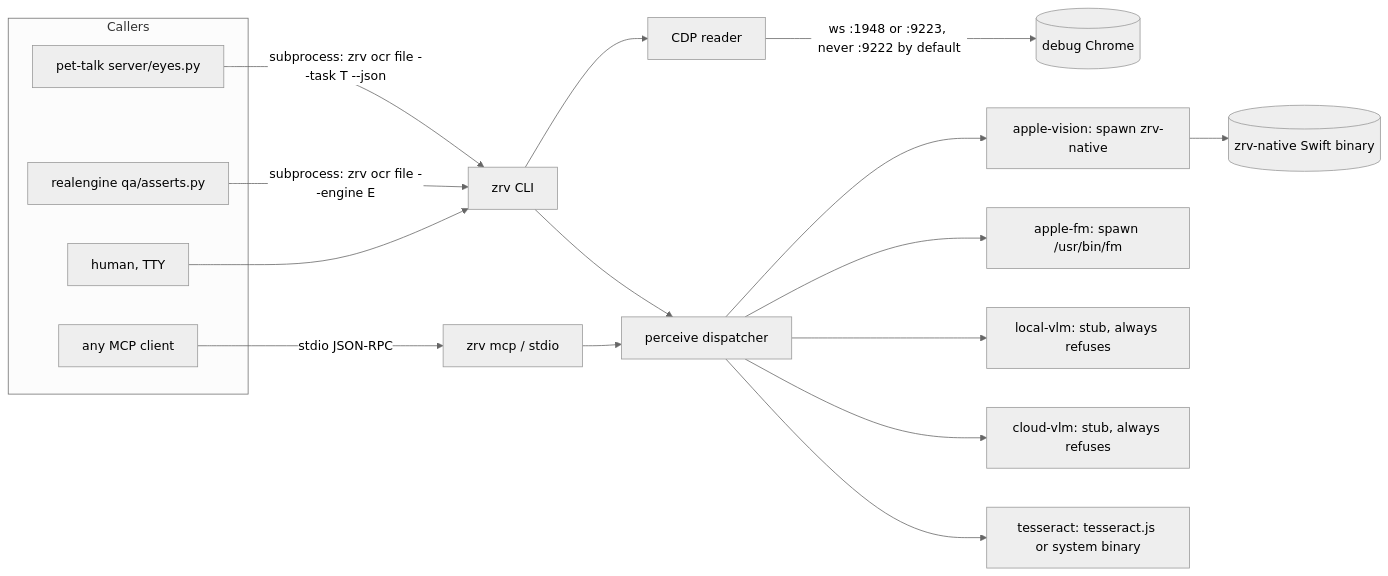
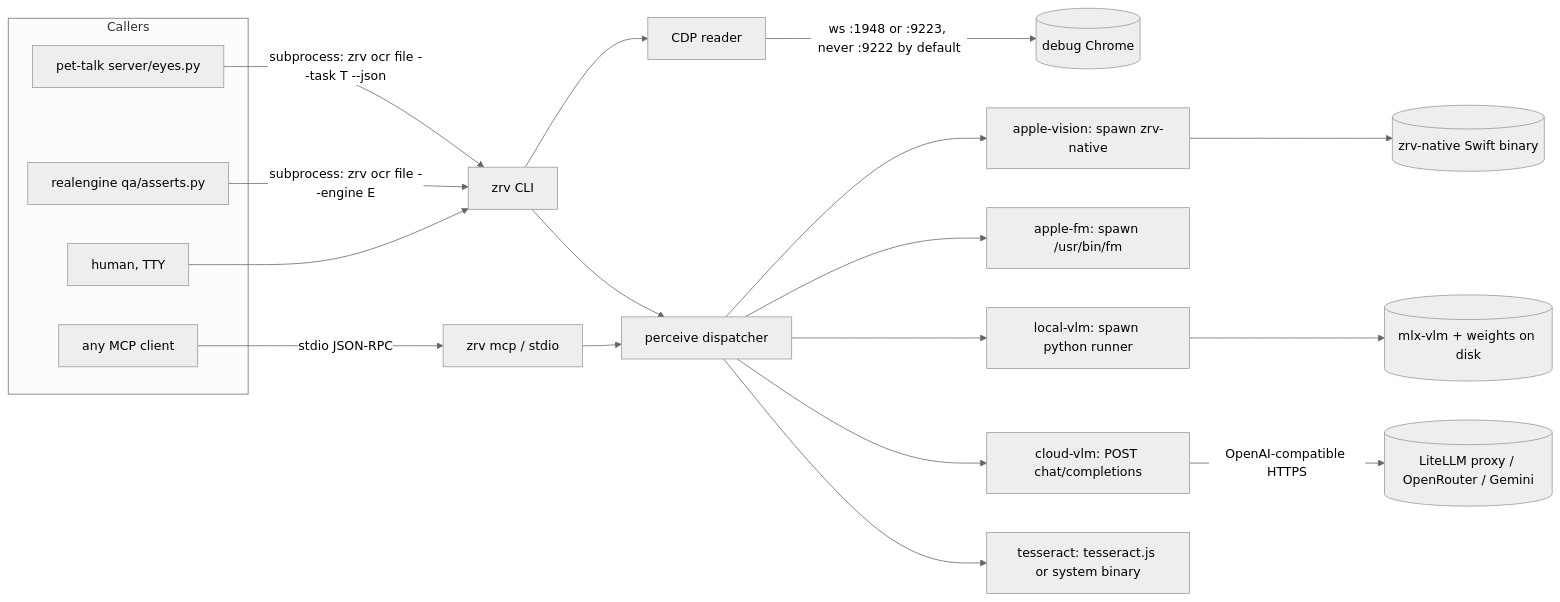
Before and after one commit to unfoundbox-crew/zero-vision: the diagram in docs/ARCHITECTURE.md, drawn with Mermaid (neutral theme). The commit also changed other lines of this file and 18 other files, not shown here.

First line of the commit message:
feat: real local-vlm and cloud-vlm engines, opt-in and fail-closed

````diff
--- a/docs/ARCHITECTURE.md
+++ b/docs/ARCHITECTURE.md
@@ -22,25 +22,27 @@
 ```mermaid
 flowchart LR
     subgraph Callers
         PT[pet-talk server/eyes.py]
         RE[realengine qa/asserts.py]
         AG[any MCP client]
         HU[human, TTY]
     end
     CLI[zrv CLI]
     MCP[zrv mcp / stdio]
     PT -->|subprocess: zrv ocr file --task T --json| CLI
     RE -->|subprocess: zrv ocr file --engine E| CLI
     HU --> CLI
     AG -->|stdio JSON-RPC| MCP
     CLI --> PERCEIVE[perceive dispatcher]
     MCP --> PERCEIVE
     CLI --> CDP[CDP reader]
     CDP -->|ws :1948 or :9223, never :9222 by default| CHROME[(debug Chrome)]
     PERCEIVE --> AV[apple-vision: spawn zrv-native]
     PERCEIVE --> FM[apple-fm: spawn /usr/bin/fm]
-    PERCEIVE --> LV[local-vlm: stub, always refuses]
-    PERCEIVE --> CV[cloud-vlm: stub, always refuses]
+    PERCEIVE --> LV[local-vlm: spawn python runner]
+    PERCEIVE --> CV[cloud-vlm: POST chat/completions]
     PERCEIVE --> TS[tesseract: tesseract.js or system binary]
     AV --> NATIVE[(zrv-native Swift binary)]
+    LV --> MLX[(mlx-vlm + weights on disk)]
+    CV -->|OpenAI-compatible HTTPS| PROXY[(LiteLLM proxy / OpenRouter / Gemini)]
 ```
````
